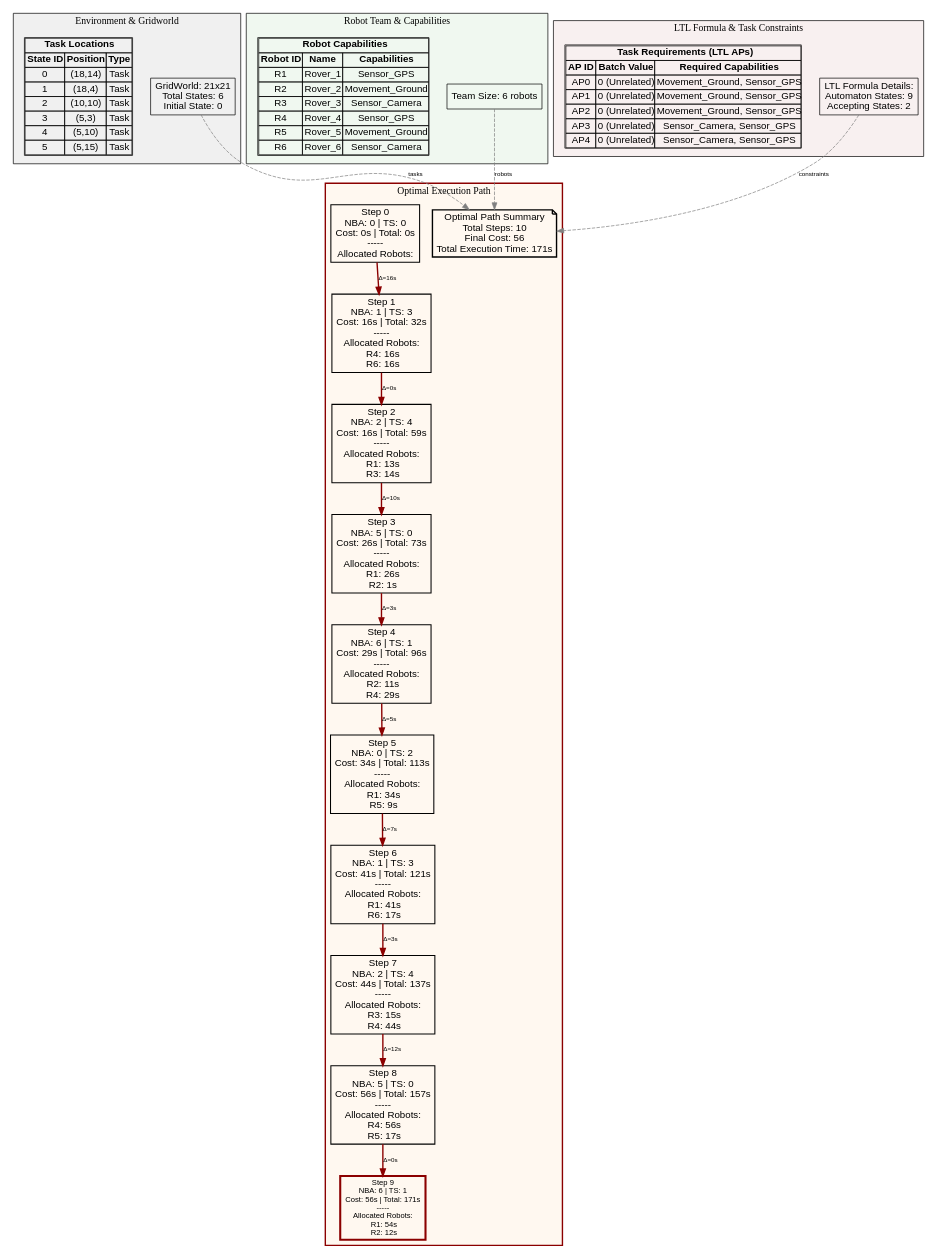
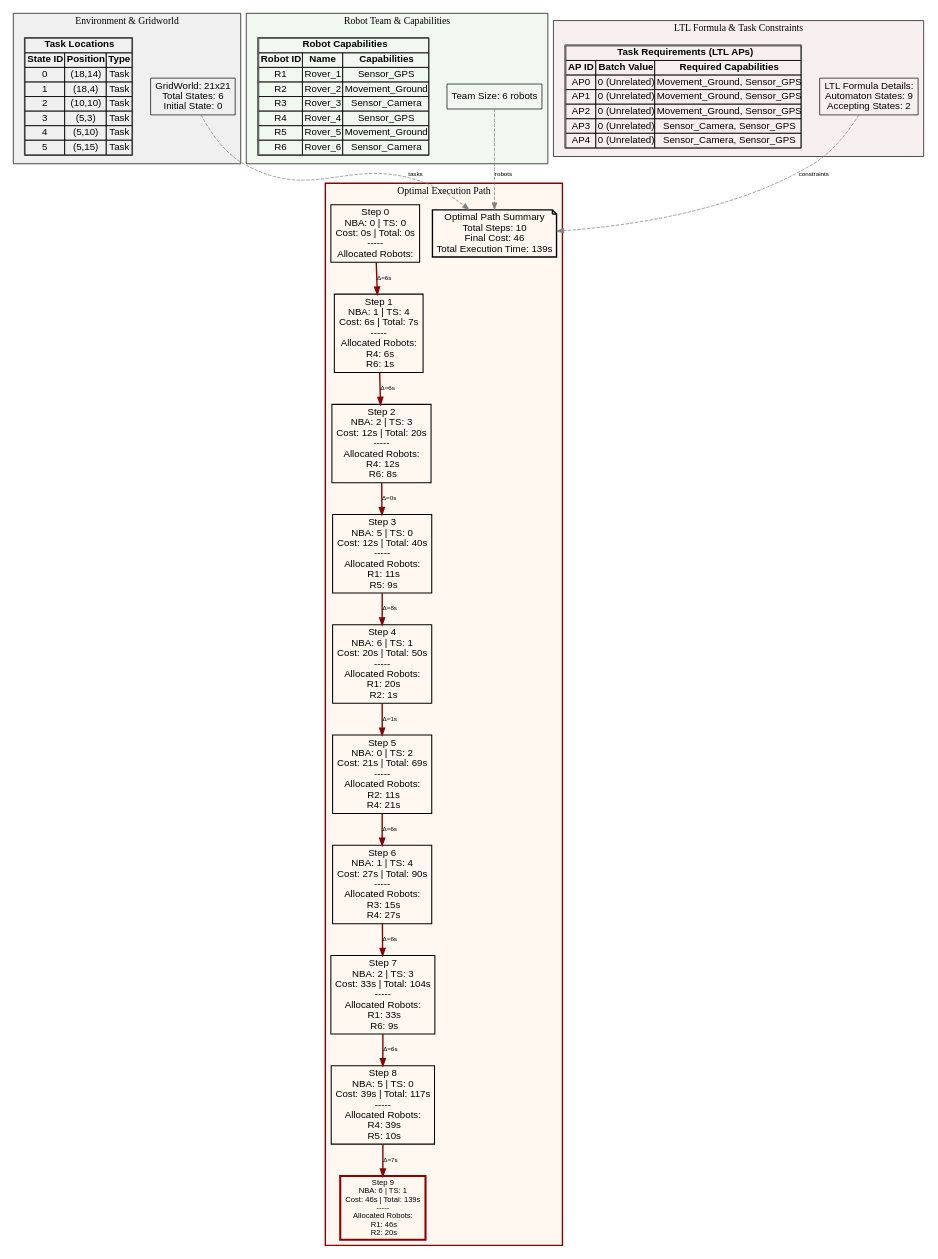
One commit to jrourke48/HMRTA_TS_GENERATION changed the diagram in MCTB-PDT/output/infinite_test_1_path.dot. Above: the diagram before and after it, drawn with Graphviz. The commit also changed 86 other files, not shown here.

```diff
--- a/MCTB-PDT/output/infinite_test_1_path.dot
+++ b/MCTB-PDT/output/infinite_test_1_path.dot
@@ -1,108 +1,108 @@
 digraph ComprehensiveOptimalPath {
   rankdir=TB;
   concentrate=true;
   node [fontname=Arial];
   edge [fontname=Arial, fontsize=9];
 
   subgraph cluster_environment {
     label="Environment & Gridworld";
     style=filled;
     fillcolor="#F0F0F0";
     color=black;
 
     env_info [shape=box, label="GridWorld: 21x21\nTotal States: 6\nInitial State: 0\n", fillcolor="#E8F4F8"];
 
     env_tasks [shape=plaintext, label=<
       <TABLE BORDER="1" CELLBORDER="1" CELLSPACING="0">
         <TR><TD COLSPAN="3"><B>Task Locations</B></TD></TR>
         <TR><TD><B>State ID</B></TD><TD><B>Position</B></TD><TD><B>Type</B></TD></TR>
         <TR><TD>0</TD><TD>(18,14)</TD><TD>Task</TD></TR>
         <TR><TD>1</TD><TD>(18,4)</TD><TD>Task</TD></TR>
         <TR><TD>2</TD><TD>(10,10)</TD><TD>Task</TD></TR>
         <TR><TD>3</TD><TD>(5,3)</TD><TD>Task</TD></TR>
         <TR><TD>4</TD><TD>(5,10)</TD><TD>Task</TD></TR>
         <TR><TD>5</TD><TD>(5,15)</TD><TD>Task</TD></TR>
       </TABLE>
     >];
   }
 
   subgraph cluster_robots {
     label="Robot Team & Capabilities";
     style=filled;
     fillcolor="#F0F8F0";
     color=black;
 
     team_info [shape=box, label="Team Size: 6 robots\n", fillcolor="#E8F8E8"];
 
     robot_caps [shape=plaintext, label=<
       <TABLE BORDER="1" CELLBORDER="1" CELLSPACING="0">
         <TR><TD COLSPAN="3"><B>Robot Capabilities</B></TD></TR>
         <TR><TD><B>Robot ID</B></TD><TD><B>Name</B></TD><TD><B>Capabilities</B></TD></TR>
         <TR><TD>R1</TD><TD>Rover_1</TD><TD>Sensor_GPS</TD></TR>
         <TR><TD>R2</TD><TD>Rover_2</TD><TD>Movement_Ground</TD></TR>
         <TR><TD>R3</TD><TD>Rover_3</TD><TD>Sensor_Camera</TD></TR>
         <TR><TD>R4</TD><TD>Rover_4</TD><TD>Sensor_GPS</TD></TR>
         <TR><TD>R5</TD><TD>Rover_5</TD><TD>Movement_Ground</TD></TR>
         <TR><TD>R6</TD><TD>Rover_6</TD><TD>Sensor_Camera</TD></TR>
       </TABLE>
     >];
   }
 
   subgraph cluster_ltl {
     label="LTL Formula & Task Constraints";
     style=filled;
     fillcolor="#F8F0F0";
     color=black;
 
     ltl_info [shape=box, label="LTL Formula Details:\nAutomaton States: 9\nAccepting States: 2\n", fillcolor="#F8E8E8"];
 
     ltl_tasks [shape=plaintext, label=<
       <TABLE BORDER="1" CELLBORDER="1" CELLSPACING="0">
         <TR><TD COLSPAN="3"><B>Task Requirements (LTL APs)</B></TD></TR>
         <TR><TD><B>AP ID</B></TD><TD><B>Batch Value</B></TD><TD><B>Required Capabilities</B></TD></TR>
         <TR><TD>AP0</TD><TD>0 (Unrelated)</TD><TD>Movement_Ground, Sensor_GPS</TD></TR>
         <TR><TD>AP1</TD><TD>0 (Unrelated)</TD><TD>Movement_Ground, Sensor_GPS</TD></TR>
         <TR><TD>AP2</TD><TD>0 (Unrelated)</TD><TD>Movement_Ground, Sensor_GPS</TD></TR>
         <TR><TD>AP3</TD><TD>0 (Unrelated)</TD><TD>Sensor_Camera, Sensor_GPS</TD></TR>
         <TR><TD>AP4</TD><TD>0 (Unrelated)</TD><TD>Sensor_Camera, Sensor_GPS</TD></TR>
       </TABLE>
     >];
   }
 
   subgraph cluster_path {
     label="Optimal Execution Path";
     style=filled;
     fillcolor="#FFF8F0";
     color=darkred;
     penwidth=2;
 
-    path_summary [shape=note, label="Optimal Path Summary\nTotal Steps: 10\nFinal Cost: 56\nTotal Execution Time: 171s\n", fillcolor="#FFFFCC", penwidth=2];
+    path_summary [shape=note, label="Optimal Path Summary\nTotal Steps: 10\nFinal Cost: 46\nTotal Execution Time: 139s\n", fillcolor="#FFFFCC", penwidth=2];
 
     opt_0 [shape=box, label="Step 0\nNBA: 0 | TS: 0\nCost: 0s | Total: 0s\n-----\nAllocated Robots:\n", fillcolor="#B3E5FC", penwidth=1.5];
-    opt_1 [shape=box, label="Step 1\nNBA: 1 | TS: 3\nCost: 16s | Total: 32s\n-----\nAllocated Robots:\n  R4: 16s\n  R6: 16s\n", fillcolor="#B3E5FC", penwidth=1.5];
-    opt_2 [shape=box, label="Step 2\nNBA: 2 | TS: 4\nCost: 16s | Total: 59s\n-----\nAllocated Robots:\n  R1: 13s\n  R3: 14s\n", fillcolor="#B3E5FC", penwidth=1.5];
-    opt_3 [shape=box, label="Step 3\nNBA: 5 | TS: 0\nCost: 26s | Total: 73s\n-----\nAllocated Robots:\n  R1: 26s\n  R2: 1s\n", fillcolor="#B3E5FC", penwidth=1.5];
-    opt_4 [shape=box, label="Step 4\nNBA: 6 | TS: 1\nCost: 29s | Total: 96s\n-----\nAllocated Robots:\n  R2: 11s\n  R4: 29s\n", fillcolor="#B3E5FC", penwidth=1.5];
-    opt_5 [shape=box, label="Step 5\nNBA: 0 | TS: 2\nCost: 34s | Total: 113s\n-----\nAllocated Robots:\n  R1: 34s\n  R5: 9s\n", fillcolor="#B3E5FC", penwidth=1.5];
-    opt_6 [shape=box, label="Step 6\nNBA: 1 | TS: 3\nCost: 41s | Total: 121s\n-----\nAllocated Robots:\n  R1: 41s\n  R6: 17s\n", fillcolor="#B3E5FC", penwidth=1.5];
-    opt_7 [shape=box, label="Step 7\nNBA: 2 | TS: 4\nCost: 44s | Total: 137s\n-----\nAllocated Robots:\n  R3: 15s\n  R4: 44s\n", fillcolor="#B3E5FC", penwidth=1.5];
-    opt_8 [shape=box, label="Step 8\nNBA: 5 | TS: 0\nCost: 56s | Total: 157s\n-----\nAllocated Robots:\n  R4: 56s\n  R5: 17s\n", fillcolor="#B3E5FC", penwidth=1.5];
-    opt_9 [shape=box, label="Step 9\nNBA: 6 | TS: 1\nCost: 56s | Total: 171s\n-----\nAllocated Robots:\n  R1: 54s\n  R2: 12s\n", fillcolor="#FF6B6B", penwidth=3, color=darkred, fontweight=bold, fontsize=11];
+    opt_1 [shape=box, label="Step 1\nNBA: 1 | TS: 4\nCost: 6s | Total: 7s\n-----\nAllocated Robots:\n  R4: 6s\n  R6: 1s\n", fillcolor="#B3E5FC", penwidth=1.5];
+    opt_2 [shape=box, label="Step 2\nNBA: 2 | TS: 3\nCost: 12s | Total: 20s\n-----\nAllocated Robots:\n  R4: 12s\n  R6: 8s\n", fillcolor="#B3E5FC", penwidth=1.5];
+    opt_3 [shape=box, label="Step 3\nNBA: 5 | TS: 0\nCost: 12s | Total: 40s\n-----\nAllocated Robots:\n  R1: 11s\n  R5: 9s\n", fillcolor="#B3E5FC", penwidth=1.5];
+    opt_4 [shape=box, label="Step 4\nNBA: 6 | TS: 1\nCost: 20s | Total: 50s\n-----\nAllocated Robots:\n  R1: 20s\n  R2: 1s\n", fillcolor="#B3E5FC", penwidth=1.5];
+    opt_5 [shape=box, label="Step 5\nNBA: 0 | TS: 2\nCost: 21s | Total: 69s\n-----\nAllocated Robots:\n  R2: 11s\n  R4: 21s\n", fillcolor="#B3E5FC", penwidth=1.5];
+    opt_6 [shape=box, label="Step 6\nNBA: 1 | TS: 4\nCost: 27s | Total: 90s\n-----\nAllocated Robots:\n  R3: 15s\n  R4: 27s\n", fillcolor="#B3E5FC", penwidth=1.5];
+    opt_7 [shape=box, label="Step 7\nNBA: 2 | TS: 3\nCost: 33s | Total: 104s\n-----\nAllocated Robots:\n  R1: 33s\n  R6: 9s\n", fillcolor="#B3E5FC", penwidth=1.5];
+    opt_8 [shape=box, label="Step 8\nNBA: 5 | TS: 0\nCost: 39s | Total: 117s\n-----\nAllocated Robots:\n  R4: 39s\n  R5: 10s\n", fillcolor="#B3E5FC", penwidth=1.5];
+    opt_9 [shape=box, label="Step 9\nNBA: 6 | TS: 1\nCost: 46s | Total: 139s\n-----\nAllocated Robots:\n  R1: 46s\n  R2: 20s\n", fillcolor="#FF6B6B", penwidth=3, color=darkred, fontweight=bold, fontsize=11];
 
-    opt_0 -> opt_1 [label="Δ=16s", penwidth=2, color=darkred];
-    opt_1 -> opt_2 [label="Δ=0s", penwidth=2, color=darkred];
-    opt_2 -> opt_3 [label="Δ=10s", penwidth=2, color=darkred];
-    opt_3 -> opt_4 [label="Δ=3s", penwidth=2, color=darkred];
-    opt_4 -> opt_5 [label="Δ=5s", penwidth=2, color=darkred];
-    opt_5 -> opt_6 [label="Δ=7s", penwidth=2, color=darkred];
-    opt_6 -> opt_7 [label="Δ=3s", penwidth=2, color=darkred];
-    opt_7 -> opt_8 [label="Δ=12s", penwidth=2, color=darkred];
-    opt_8 -> opt_9 [label="Δ=0s", penwidth=2, color=darkred];
+    opt_0 -> opt_1 [label="Δ=6s", penwidth=2, color=darkred];
+    opt_1 -> opt_2 [label="Δ=6s", penwidth=2, color=darkred];
+    opt_2 -> opt_3 [label="Δ=0s", penwidth=2, color=darkred];
+    opt_3 -> opt_4 [label="Δ=8s", penwidth=2, color=darkred];
+    opt_4 -> opt_5 [label="Δ=1s", penwidth=2, color=darkred];
+    opt_5 -> opt_6 [label="Δ=6s", penwidth=2, color=darkred];
+    opt_6 -> opt_7 [label="Δ=6s", penwidth=2, color=darkred];
+    opt_7 -> opt_8 [label="Δ=6s", penwidth=2, color=darkred];
+    opt_8 -> opt_9 [label="Δ=7s", penwidth=2, color=darkred];
   }
 
   // Connections between clusters
   env_info -> path_summary [style=dashed, color=gray, label="tasks"];
   team_info -> path_summary [style=dashed, color=gray, label="robots"];
   ltl_info -> path_summary [style=dashed, color=gray, label="constraints"];
 
 }
```
